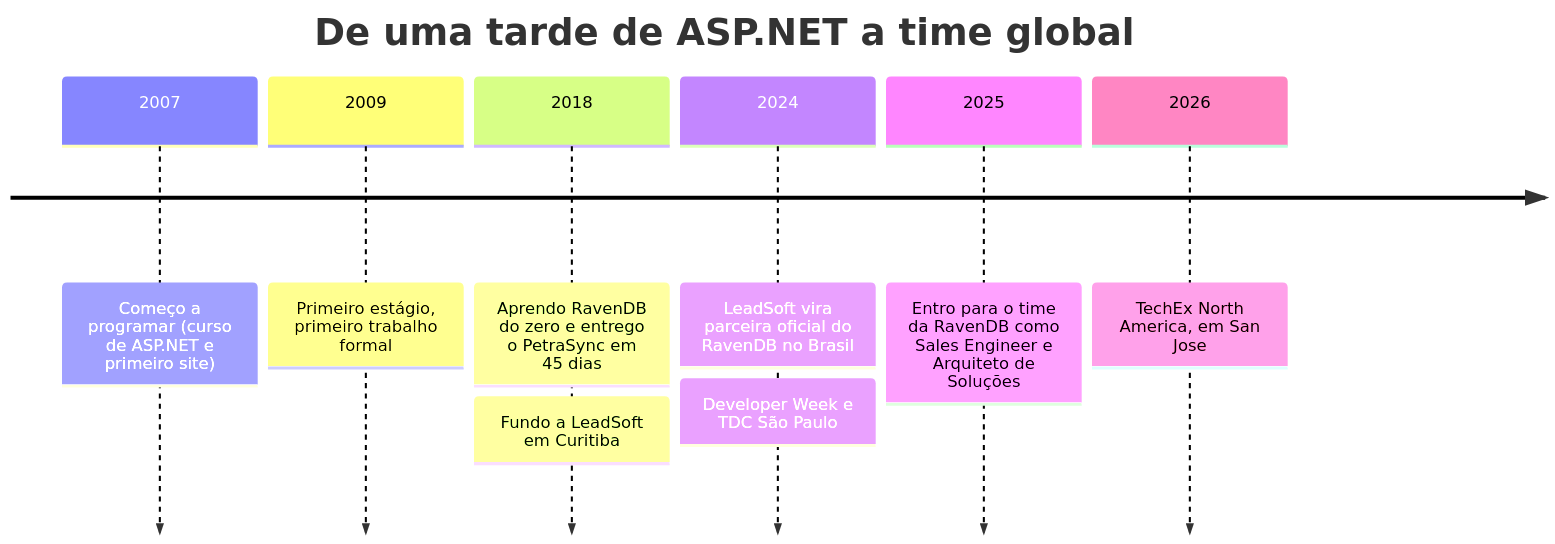
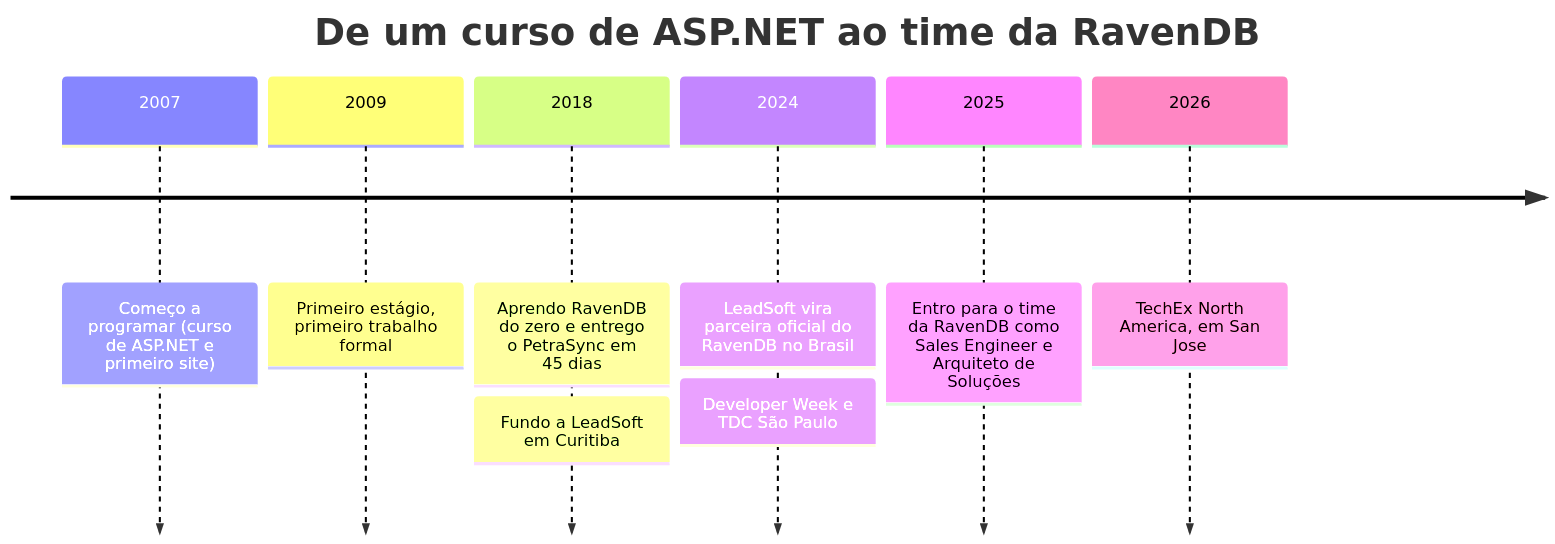
The diagram in README.md (leadsoftlucas/leadsoftlucas), drawn with Mermaid before and after one commit. The commit also changed other lines of this file, not shown here.

Commit message:
Review profile README: fix claims, label tech per case, add raven touch, expand articles

````diff
--- a/README.md
+++ b/README.md
@@ -163,12 +167,12 @@
 ```mermaid
 timeline
-    title De uma tarde de ASP.NET a time global
+    title De um curso de ASP.NET ao time da RavenDB
     2007 : Começo a programar (curso de ASP.NET e primeiro site)
     2009 : Primeiro estágio, primeiro trabalho formal
     2018 : Aprendo RavenDB do zero e entrego o PetraSync em 45 dias
          : Fundo a LeadSoft em Curitiba
     2024 : LeadSoft vira parceira oficial do RavenDB no Brasil
          : Developer Week e TDC São Paulo
     2025 : Entro para o time da RavenDB como Sales Engineer e Arquiteto de Soluções
     2026 : TechEx North America, em San Jose
 ```
````
